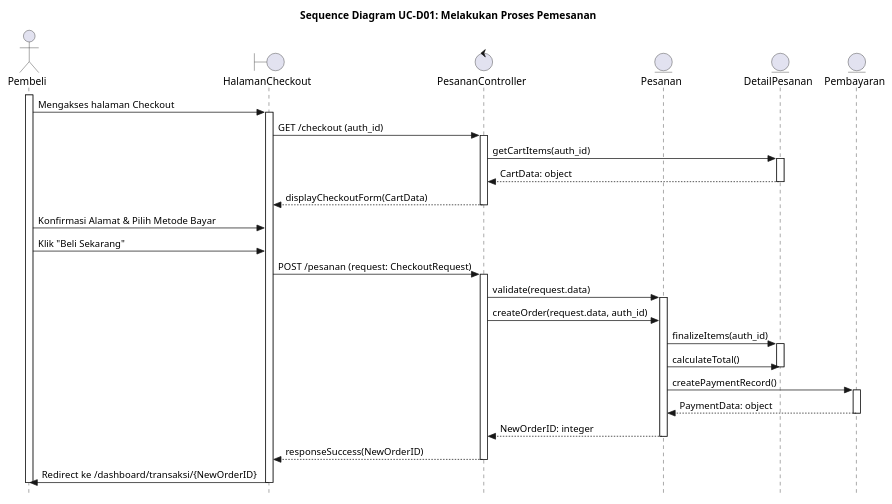
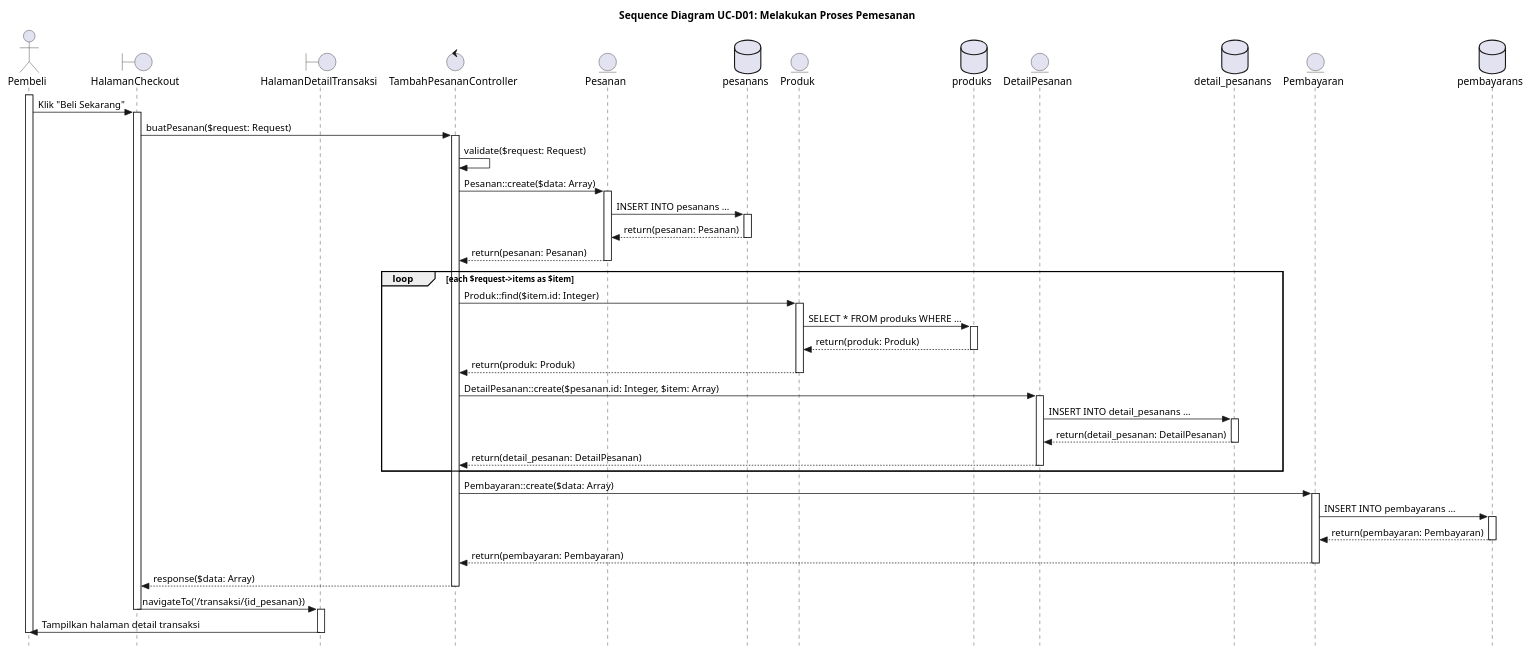
One commit to alfiahnurfa/RSI-PROYEK-AKHIR-SEQUENCE changed the diagram in UC-D01.PUML. Above: the diagram before and after it, drawn with PlantUML. The commit also changed 8 other files, not shown here.

Commit message:
fix bbrp sequence diagram

```diff
--- a/UC-D01.PUML
+++ b/UC-D01.PUML
@@ -1,54 +1,76 @@
 @startuml SD-UC-D01_MelakukanProsesPemesanan
 title Sequence Diagram UC-D01: Melakukan Proses Pemesanan
 skinparam style strictuml
 
 actor Pembeli
 boundary HalamanCheckout
-control PesananController
+boundary HalamanDetailTransaksi
+control TambahPesananController
 entity Pesanan
+database pesanans
+entity Produk
+database produks
 entity DetailPesanan
+database detail_pesanans
 entity Pembayaran
+database pembayarans
 
 activate Pembeli
-Pembeli -> HalamanCheckout : Mengakses halaman Checkout
+Pembeli -> HalamanCheckout : Klik "Beli Sekarang"
 activate HalamanCheckout
 
-HalamanCheckout -> PesananController : GET /checkout (auth_id)
-activate PesananController
-PesananController -> DetailPesanan : getCartItems(auth_id)
-activate DetailPesanan
-DetailPesanan --> PesananController : CartData: object
-deactivate DetailPesanan
+HalamanCheckout -> TambahPesananController : buatPesanan($request: Request)
+activate TambahPesananController
 
-PesananController --> HalamanCheckout : displayCheckoutForm(CartData)
-deactivate PesananController
+TambahPesananController -> TambahPesananController : validate($request: Request)
 
-Pembeli -> HalamanCheckout : Konfirmasi Alamat & Pilih Metode Bayar
-Pembeli -> HalamanCheckout : Klik "Beli Sekarang"
-
-HalamanCheckout -> PesananController : POST /pesanan (request: CheckoutRequest)
-activate PesananController
-
-PesananController -> Pesanan : validate(request.data)
+TambahPesananController -> Pesanan : Pesanan::create($data: Array)
 activate Pesanan
 
-PesananController -> Pesanan : createOrder(request.data, auth_id)
-Pesanan -> DetailPesanan : finalizeItems(auth_id)
-activate DetailPesanan
-Pesanan -> DetailPesanan : calculateTotal()
-deactivate DetailPesanan
-Pesanan -> Pembayaran : createPaymentRecord()
-activate Pembayaran
-Pembayaran --> Pesanan : PaymentData: object
-deactivate Pembayaran
-Pesanan --> PesananController : NewOrderID: integer
+Pesanan -> pesanans : INSERT INTO pesanans ...
+activate pesanans
+pesanans --> Pesanan : return(pesanan: Pesanan)
+deactivate pesanans
+Pesanan --> TambahPesananController : return(pesanan: Pesanan)
 deactivate Pesanan
 
-PesananController --> HalamanCheckout : responseSuccess(NewOrderID)
-deactivate PesananController
+loop each $request->items as $item
+    TambahPesananController -> Produk : Produk::find($item.id: Integer)
+    activate Produk
+    Produk -> produks : SELECT * FROM produks WHERE ...
+    activate produks
+    produks --> Produk : return(produk: Produk)
+    deactivate produks
+    Produk --> TambahPesananController : return(produk: Produk)
+    deactivate Produk
+    TambahPesananController -> DetailPesanan : DetailPesanan::create($pesanan.id: Integer, $item: Array)
+    activate DetailPesanan
+    DetailPesanan -> detail_pesanans : INSERT INTO detail_pesanans ...
+    activate detail_pesanans
+    detail_pesanans --> DetailPesanan : return(detail_pesanan: DetailPesanan)
+    deactivate detail_pesanans
+    DetailPesanan --> TambahPesananController : return(detail_pesanan: DetailPesanan)
+    deactivate DetailPesanan
+end
 
-HalamanCheckout -> Pembeli : Redirect ke /dashboard/transaksi/{NewOrderID}
+TambahPesananController -> Pembayaran : Pembayaran::create($data: Array)
+activate Pembayaran
+Pembayaran -> pembayarans : INSERT INTO pembayarans ...
+activate pembayarans
+pembayarans --> Pembayaran : return(pembayaran: Pembayaran)
+deactivate pembayarans
+Pembayaran --> TambahPesananController : return(pembayaran: Pembayaran)
+deactivate Pembayaran
+
+TambahPesananController --> HalamanCheckout : response($data: Array)
+deactivate TambahPesananController
+
+HalamanCheckout -> HalamanDetailTransaksi : navigateTo('/transaksi/{id_pesanan})
 deactivate HalamanCheckout
+activate HalamanDetailTransaksi
+
+HalamanDetailTransaksi -> Pembeli : Tampilkan halaman detail transaksi
+deactivate HalamanDetailTransaksi
 deactivate Pembeli
 
 @enduml
```
